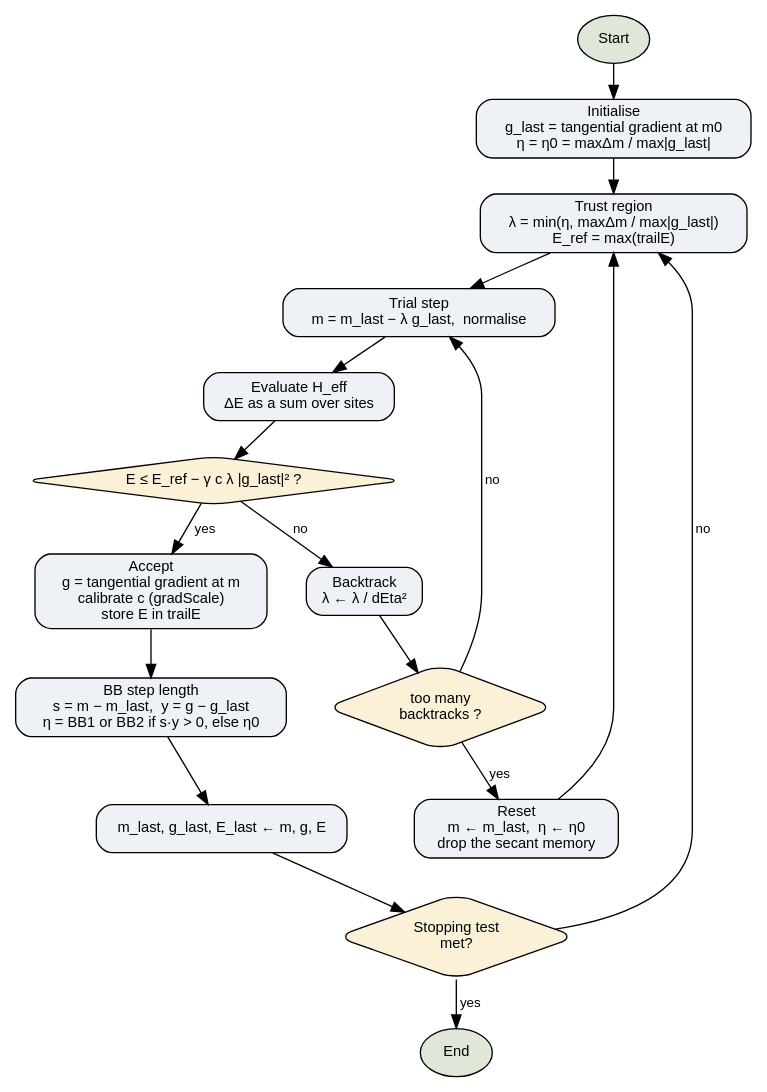
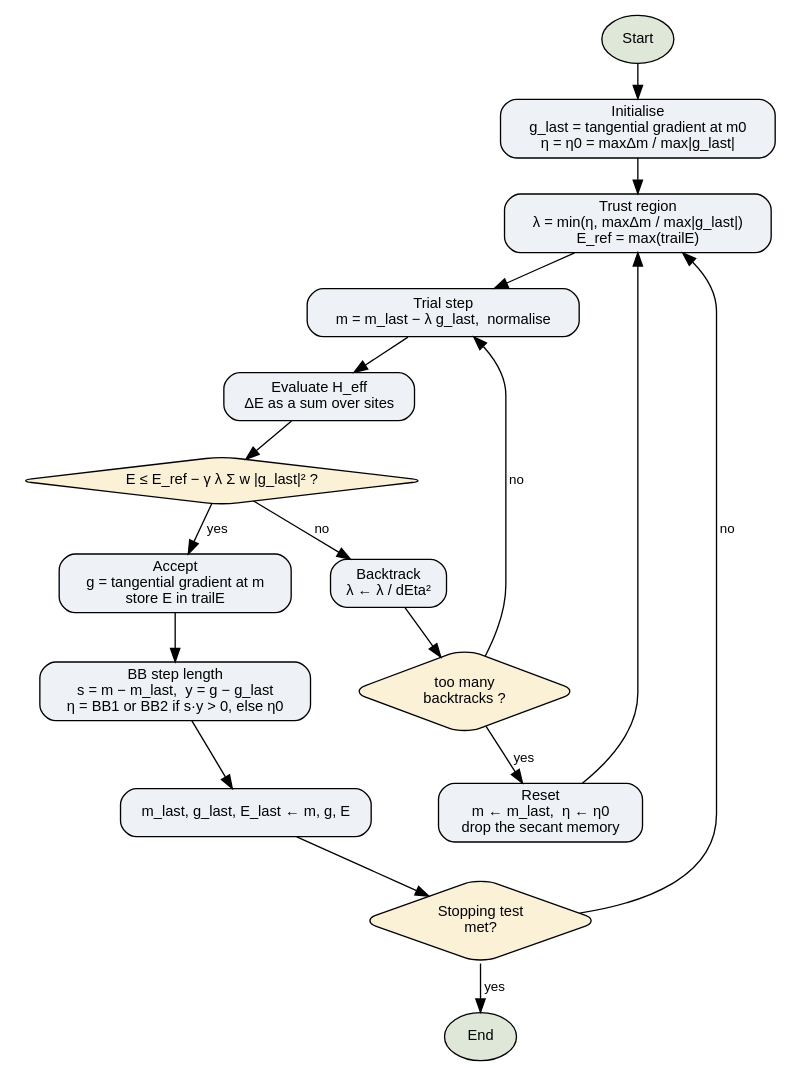
Before and after one commit to computationalmodelling/fidimag: the second of 2 diagrams in doc/physics_num_methods/energy_minimisation.rst, drawn with Graphviz. The commit also changed other lines of this file and 6 other files, not shown here.

```diff
--- a/doc/physics_num_methods/energy_minimisation.rst
+++ b/doc/physics_num_methods/energy_minimisation.rst
@@ -361,38 +370,38 @@
 .. graphviz::
     :caption: The Barzilai-Borwein path of the Hubert minimiser.
     :align: center
 
     digraph bb {
         graph [bgcolor=white, rankdir=TB, nodesep=0.4, ranksep=0.35,
                fontname="Helvetica"];
         node  [shape=box, style="rounded,filled", fillcolor="#eef2f7",
                fontname="Helvetica", fontsize=11];
         edge  [fontname="Helvetica", fontsize=10];
 
         start   [label="Start", shape=oval, fillcolor="#dfe8d8"];
         init    [label="Initialise\ng_last = tangential gradient at m0\nη = η0 = maxΔm / max|g_last|"];
         cap     [label="Trust region\nλ = min(η, maxΔm / max|g_last|)\nE_ref = max(trailE)"];
         trial   [label="Trial step\nm = m_last − λ g_last,  normalise"];
         eval    [label="Evaluate H_eff\nΔE as a sum over sites"];
-        gll     [label="E ≤ E_ref − γ c λ |g_last|² ?", shape=diamond,
+        gll     [label="E ≤ E_ref − γ λ Σ w |g_last|² ?", shape=diamond,
                  fillcolor="#fbf1d6"];
         back    [label="Backtrack\nλ ← λ / dEta²"];
         tired   [label="too many\nbacktracks ?", shape=diamond, fillcolor="#fbf1d6"];
         reset   [label="Reset\nm ← m_last,  η ← η0\ndrop the secant memory"];
-        accept  [label="Accept\ng = tangential gradient at m\ncalibrate c (gradScale)\nstore E in trailE"];
+        accept  [label="Accept\ng = tangential gradient at m\nstore E in trailE"];
         bb      [label="BB step length\ns = m − m_last,  y = g − g_last\nη = BB1 or BB2 if s·y > 0, else η0"];
         shift   [label="m_last, g_last, E_last ← m, g, E"];
         stop    [label="Stopping test\nmet?", shape=diamond, fillcolor="#fbf1d6"];
         done    [label="End", shape=oval, fillcolor="#dfe8d8"];
 
         start -> init -> cap -> trial -> eval -> gll;
         gll   -> accept [label=" yes"];
         gll   -> back   [label=" no"];
         back  -> tired;
         tired -> trial  [label=" no"];
         tired -> reset  [label=" yes"];
         reset -> cap;
         accept -> bb -> shift -> stop;
         stop  -> done   [label=" yes"];
         stop  -> cap    [label=" no"];
     }
```
